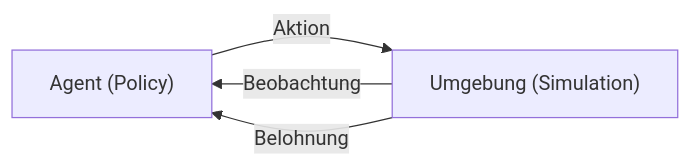
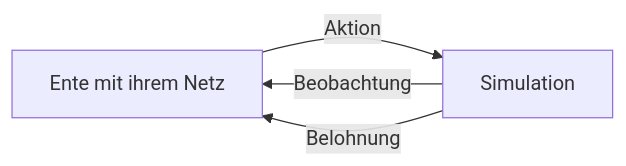
Before and after one commit to ChristianHohlfeld/kernengine.de: the third of 5 diagrams in kern/docs/buch-gruen/A-grundlagen-neuronale-netze.md, drawn with Mermaid. The commit also changed other lines of this file and 2 other files, not shown here.

````diff
--- a/kern/docs/buch-gruen/A-grundlagen-neuronale-netze.md
+++ b/kern/docs/buch-gruen/A-grundlagen-neuronale-netze.md
@@ -345,6 +438,6 @@
 ```mermaid
 flowchart LR
-  Agent["Agent (Policy)"] -->|"Aktion"| Welt["Umgebung (Simulation)"]
+  Agent["Ente mit ihrem Netz"] -->|"Aktion"| Welt["Simulation"]
   Welt -->|"Beobachtung"| Agent
   Welt -->|"Belohnung"| Agent
 ```
````
